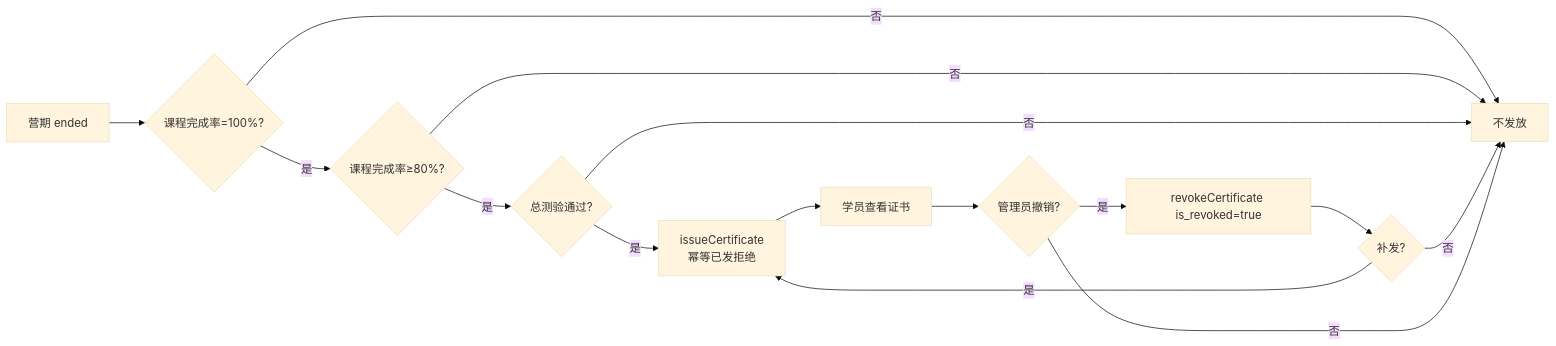
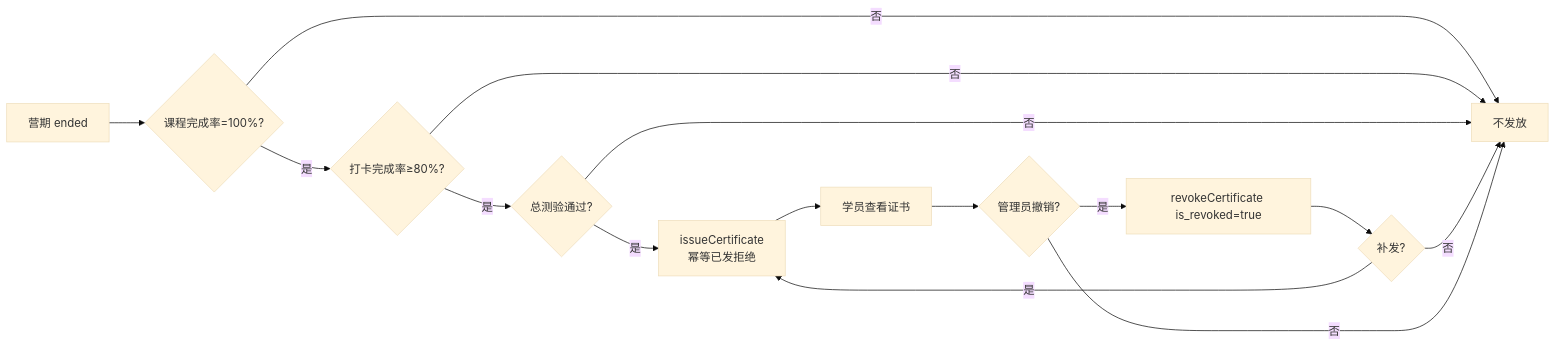
One commit to eltonliz/saas-audit-prototype changed the seventh of 10 diagrams in docs/01-requirements/18-课程与营期域-PRD-v1.4.0.md. Above: the diagram before and after it, drawn with Mermaid (base theme). The commit also changed other lines of this file and 11 other files, not shown here.

Commit message:
feat(app): 竖屏课程样式（orientation自动判定+播放器9:16+详情头图3:4+列表角标）+PRD BR-COURSE-014+需求面板

````diff
--- a/docs/01-requirements/18-课程与营期域-PRD-v1.4.0.md
+++ b/docs/01-requirements/18-课程与营期域-PRD-v1.4.0.md
@@ -323,17 +321,17 @@
 ```mermaid
 flowchart LR
     A[营期 ended] --> B{课程完成率=100%?}
     B -->|否| Z[不发放]
-    B -->|是| C{课程完成率≥80%?}
+    B -->|是| C{打卡完成率≥80%?}
     C -->|否| Z
     C -->|是| D{总测验通过?}
     D -->|否| Z
     D -->|是| E[issueCertificate<br/>幂等已发拒绝]
     E --> F[学员查看证书]
     F --> G{管理员撤销?}
     G -->|是| H[revokeCertificate is_revoked=true]
     H --> I{补发?}
     I -->|是| E
     I -->|否| Z
     G -->|否| Z
 ```
````
